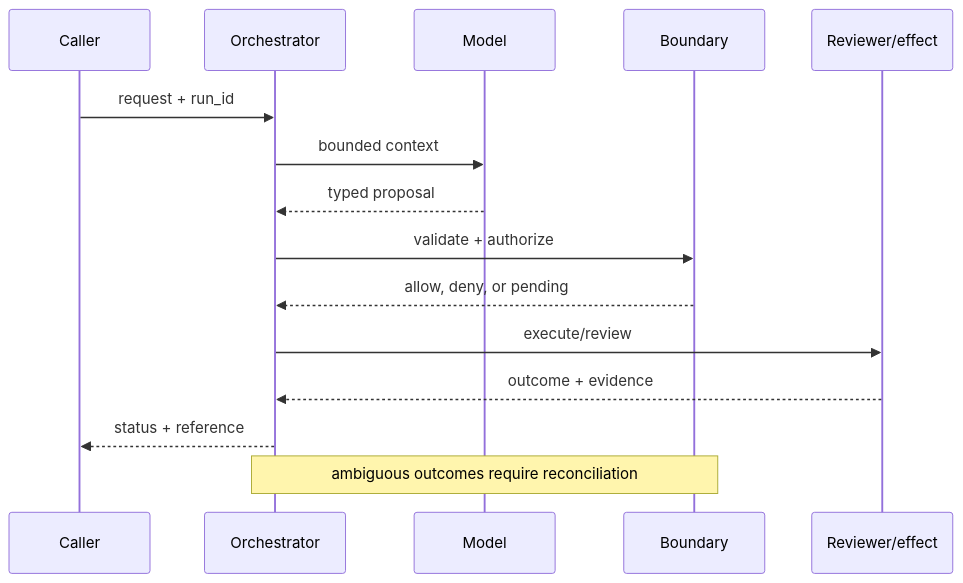
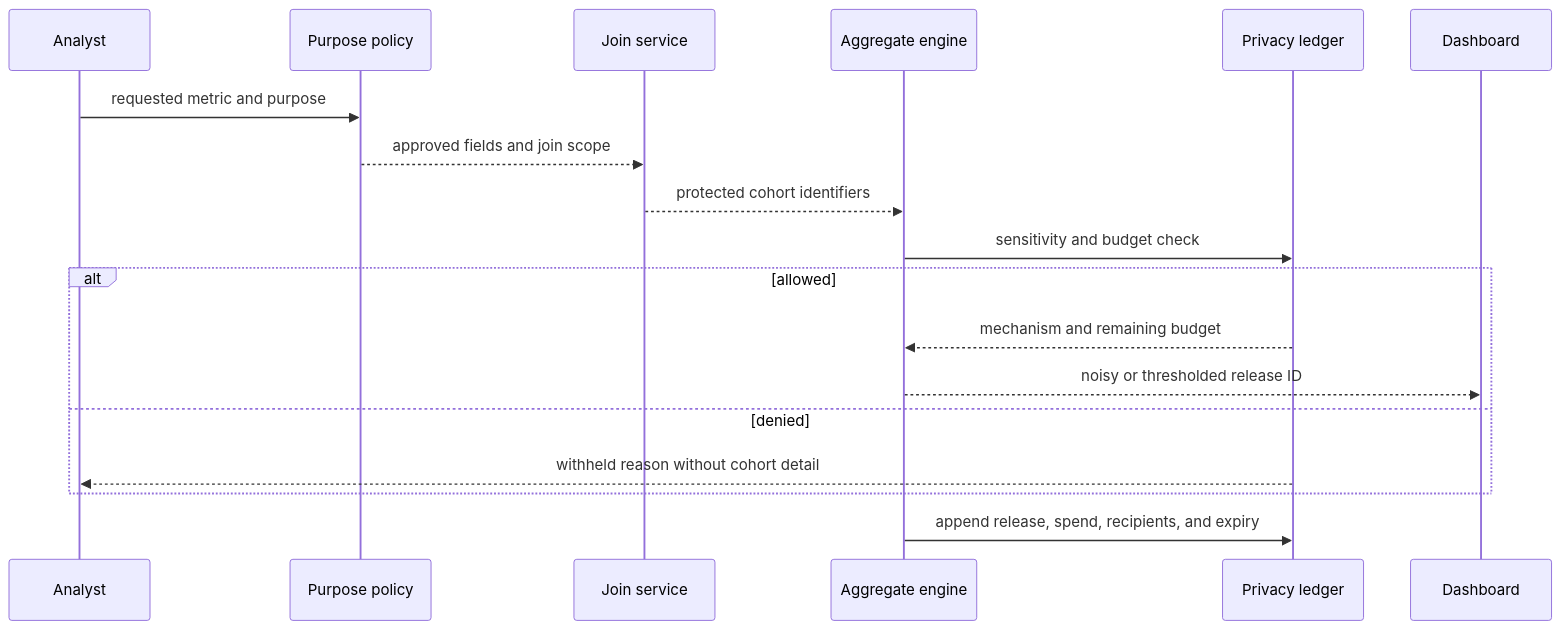
One commit to souradeepta/ai-monthly-concepts changed the fourth of 4 diagrams in months/2026-02/17-privacy-preserving-analytics.md. Above: the diagram before and after it, drawn with Mermaid. The commit also changed other lines of this file and 2 other files, not shown here.

Commit message:
repair: rebuild February privacy analytics lesson

````diff
--- a/months/2026-02/17-privacy-preserving-analytics.md
+++ b/months/2026-02/17-privacy-preserving-analytics.md
@@ -76,17 +82,20 @@
 ```mermaid
 sequenceDiagram
-  participant U as Caller
-  participant O as Orchestrator
-  participant M as Model
-  participant P as Boundary
-  participant H as Reviewer/effect
-  U->>O: request + run_id
-  O->>M: bounded context
-  M-->>O: typed proposal
-  O->>P: validate + authorize
-  P-->>O: allow, deny, or pending
-  O->>H: execute/review
-  H-->>O: outcome + evidence
-  O-->>U: status + reference
-  Note over O,P: ambiguous outcomes require reconciliation
+  participant A as Analyst
+  participant P as Purpose policy
+  participant J as Join service
+  participant G as Aggregate engine
+  participant L as Privacy ledger
+  participant D as Dashboard
+  A->>P: requested metric and purpose
+  P-->>J: approved fields and join scope
+  J-->>G: protected cohort identifiers
+  G->>L: sensitivity and budget check
+  alt allowed
+    L-->>G: mechanism and remaining budget
+    G-->>D: noisy or thresholded release ID
+  else denied
+    L-->>A: withheld reason without cohort detail
+  end
+  G->>L: append release, spend, recipients, and expiry
 ```
````
